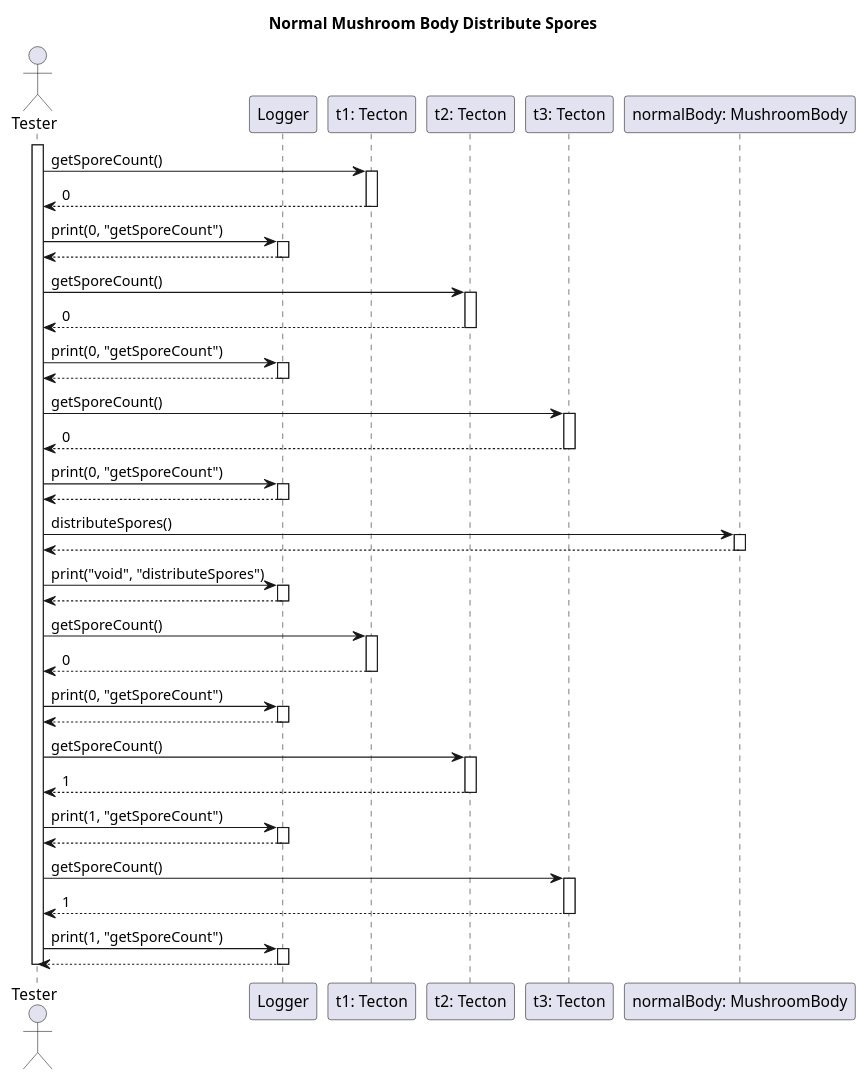
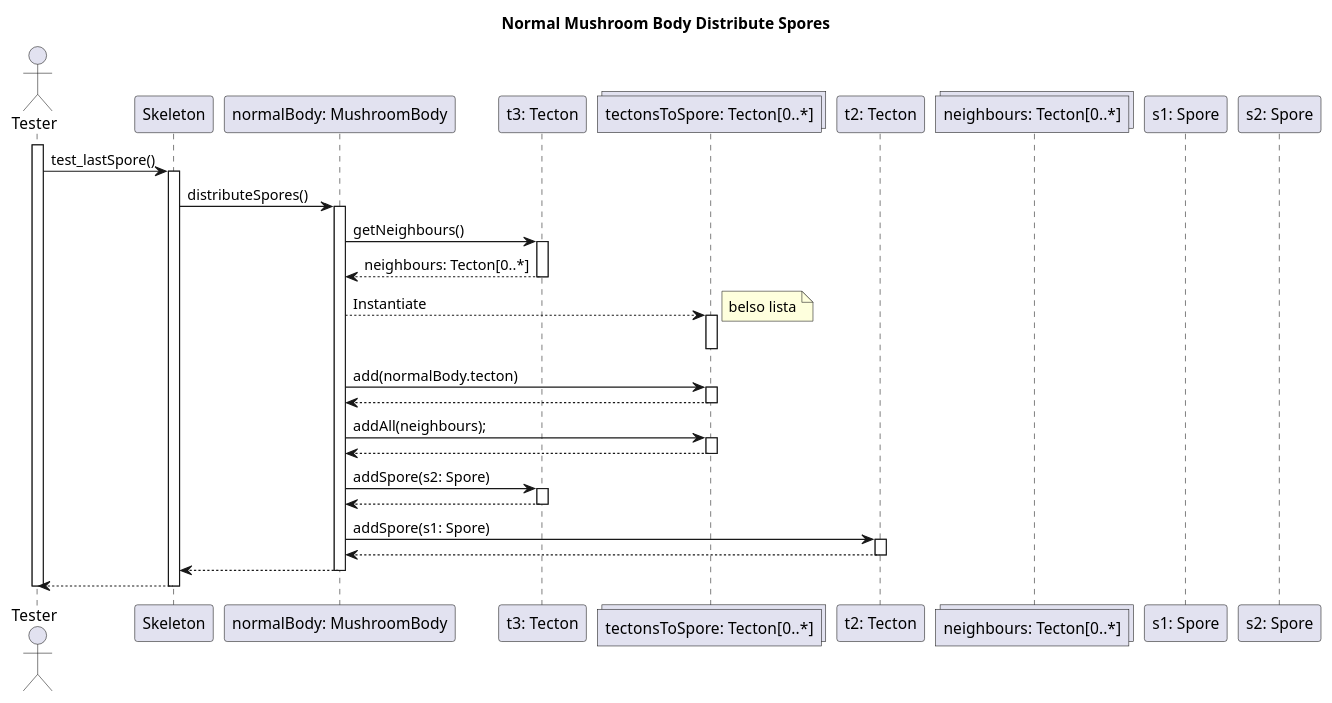
One commit to dzsem/projlab changed the diagram in diagrams/test-sequence/mushroom/normalMushroomBodyDistributeSpore.wsd. Above: the diagram before and after it, drawn with PlantUML.

Commit message:
Fixed normalMushroomBodyDistributeSpores

```diff
--- a/diagrams/test-sequence/mushroom/normalMushroomBodyDistributeSpore.wsd
+++ b/diagrams/test-sequence/mushroom/normalMushroomBodyDistributeSpore.wsd
@@ -1,89 +1,76 @@
 @startuml  Normal Mushroom Body Distribute Spores
 
 title Normal Mushroom Body Distribute Spores
 
 actor "Tester" as tester
-
-participant "Logger" as logger
-
-participant "t1: Tecton" as t1
-participant "t2: Tecton" as t2
+participant "Skeleton" as skeleton
+participant "normalBody: MushroomBody" as nmb
 participant "t3: Tecton" as t3
 
-participant "normalBody: MushroomBody" as amb
+collections "tectonsToSpore: Tecton[0..*]" as tectons
+
+participant "t2: Tecton" as t2
+
+collections "neighbours: Tecton[0..*]"
+participant "s1: Spore"
+participant "s2: Spore"
 
 activate tester
+tester -> skeleton: test_lastSpore()
+activate skeleton
 
-tester -> t1: getSporeCount()
-activate t1
-t1 --> tester: 0
-deactivate t1
 
-tester -> logger: print(0, "getSporeCount")
-activate logger
-logger --> tester
-deactivate logger
+' BEGIN COPY
+skeleton -> nmb: distributeSpores() 
+activate nmb
+nmb -> t3 : getNeighbours()
+activate t3
+t3 --> nmb : neighbours: Tecton[0..*]
+deactivate t3
 
-tester -> t2: getSporeCount()
+nmb --> tectons: Instantiate
+note right: belso lista
+activate tectons
+deactivate tectons
+
+nmb -> tectons: add(normalBody.tecton)
+activate tectons
+tectons --> nmb
+deactivate tectons
+
+nmb -> tectons: addAll(neighbours);
+activate tectons
+tectons --> nmb
+deactivate tectons
+
+' CANT REUSE
+' loop for each tectonToSpore in tectonsToSpore
+'     body -> tectonToSpore : addSpore(spore: Spore)
+'     activate tectonToSpore
+'     tectonToSpore --> body 
+'     deactivate tectonToSpore
+' 
+' end
+
+
+nmb -> t3: addSpore(s2: Spore)
+activate t3
+t3 --> nmb
+deactivate t3
+
+nmb -> t2: addSpore(s1: Spore)
 activate t2
-t2 --> tester: 0
+t2 --> nmb
 deactivate t2
 
-tester -> logger: print(0, "getSporeCount")
-activate logger
-logger --> tester
-deactivate logger
+nmb --> skeleton
+deactivate nmb
 
-tester -> t3: getSporeCount()
-activate t3
-t3 --> tester: 0
-deactivate t3
+' END COPY
 
-tester -> logger: print(0, "getSporeCount")
-activate logger
-logger --> tester
-deactivate logger
-
-tester -> amb: distributeSpores() 
-activate amb
-amb --> tester
-deactivate amb
-
-tester -> logger: print("void", "distributeSpores")
-activate logger
-logger --> tester
-deactivate logger
-
-tester -> t1: getSporeCount()
-activate t1
-t1 --> tester: 0
-deactivate t1
-
-tester -> logger: print(0, "getSporeCount")
-activate logger
-logger --> tester
-deactivate logger
-
-tester -> t2: getSporeCount()
-activate t2
-t2 --> tester: 1
-deactivate t2
-
-tester -> logger: print(1, "getSporeCount")
-activate logger
-logger --> tester
-deactivate logger
-
-tester -> t3: getSporeCount()
-activate t3
-t3 --> tester: 1
-deactivate t3
-
-tester -> logger: print(1, "getSporeCount")
-activate logger
-logger --> tester
-deactivate logger
-
+skeleton --> tester
+deactivate skeleton
 
 deactivate tester
+
 @enduml
```
